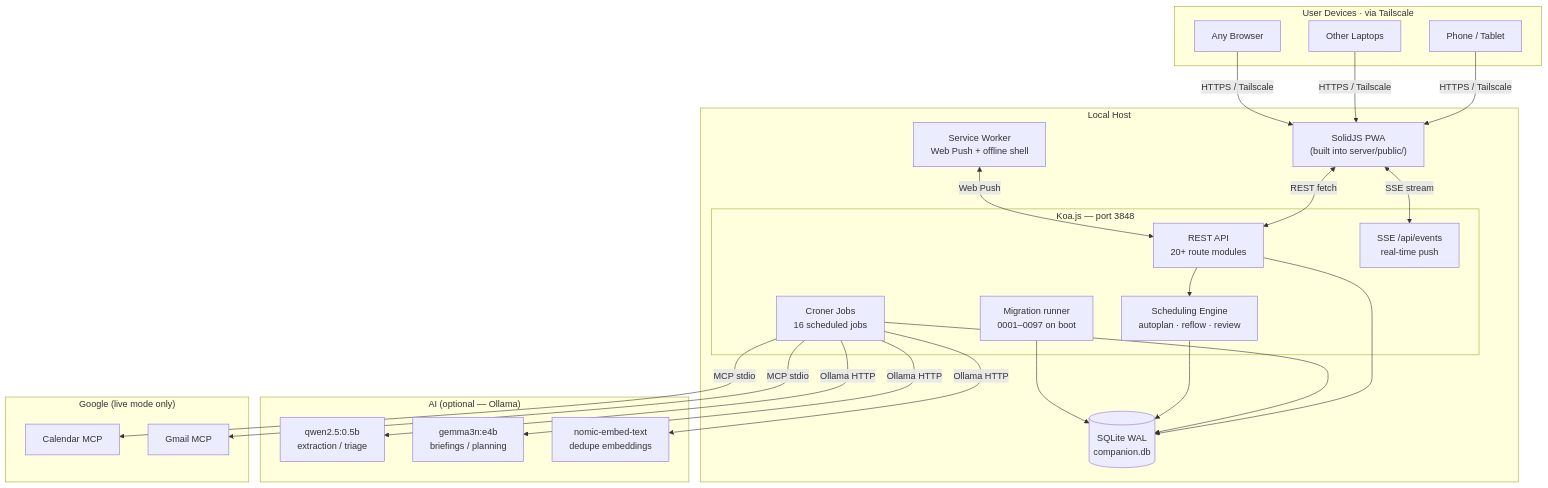
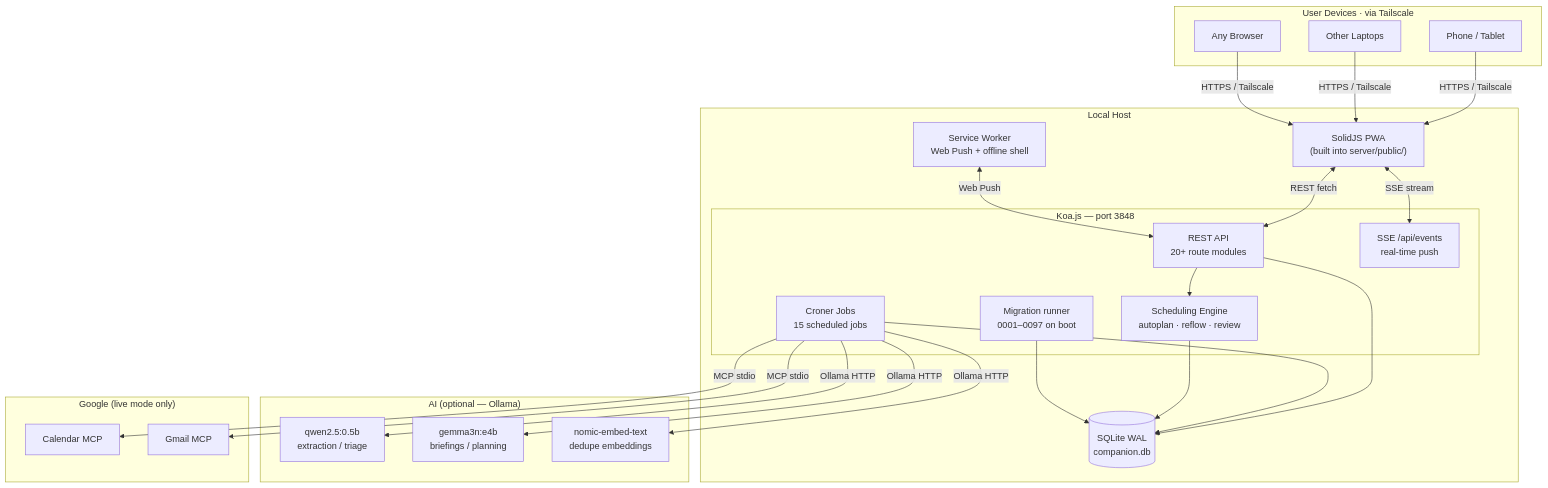
Before and after one commit to companionintelligence/CI-Planning: the first of 6 diagrams in ARCHITECTURE.md, drawn with Mermaid. The commit also changed other lines of this file and 3 other files, not shown here.

First line of the commit message:
docs: fix post-Q/S staleness (ERD, job count, version + view strings, dead anchors)

````diff
--- a/ARCHITECTURE.md
+++ b/ARCHITECTURE.md
@@ -38,49 +38,49 @@
 ```mermaid
 graph TB
     subgraph Devices["User Devices · via Tailscale"]
         Phone["Phone / Tablet"]
         Laptop["Other Laptops"]
         Browser["Any Browser"]
     end
 
     subgraph Host["Local Host"]
         subgraph Koa["Koa.js — port 3848"]
             API["REST API<br/>20+ route modules"]
             SSE["SSE /api/events<br/>real-time push"]
             Engine["Scheduling Engine<br/>autoplan · reflow · review"]
-            Cron["Croner Jobs<br/>16 scheduled jobs"]
+            Cron["Croner Jobs<br/>15 scheduled jobs"]
             Migrate["Migration runner<br/>0001–0097 on boot"]
         end
         FE["SolidJS PWA<br/>(built into server/public/)"]
         SW["Service Worker<br/>Web Push + offline shell"]
         DB[("SQLite WAL<br/>companion.db")]
     end
 
     subgraph AI["AI (optional — Ollama)"]
         Small["qwen2.5:0.5b<br/>extraction / triage"]
         Medium["gemma3n:e4b<br/>briefings / planning"]
         Embed["nomic-embed-text<br/>dedupe embeddings"]
     end
 
     subgraph Google["Google (live mode only)"]
         GCal["Calendar MCP"]
         Gmail["Gmail MCP"]
     end
 
     Phone -->|HTTPS / Tailscale| FE
     Laptop -->|HTTPS / Tailscale| FE
     Browser -->|HTTPS / Tailscale| FE
     FE <-->|REST fetch| API
     FE <-->|SSE stream| SSE
     SW <-->|Web Push| API
     API --> Engine
     API --> DB
     Cron --> DB
     Cron -->|Ollama HTTP| Small
     Cron -->|Ollama HTTP| Medium
     Cron -->|Ollama HTTP| Embed
     Cron -->|MCP stdio| GCal
     Cron -->|MCP stdio| Gmail
     Engine --> DB
     Migrate --> DB
 ```
````
